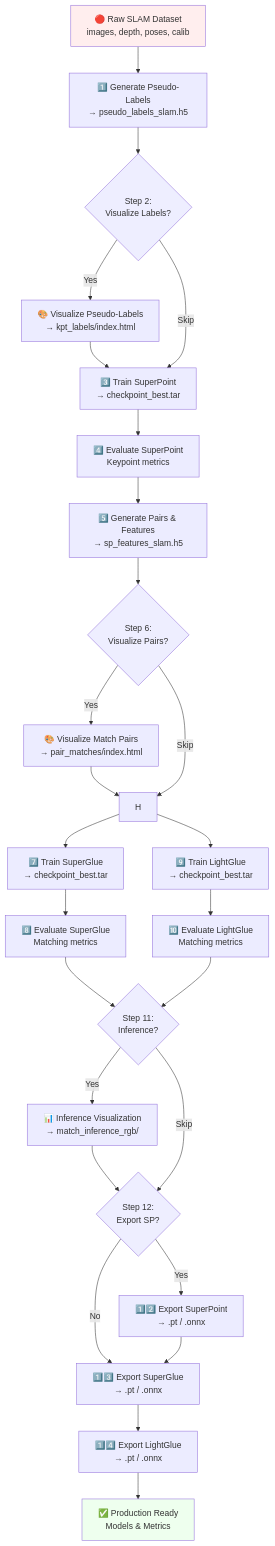
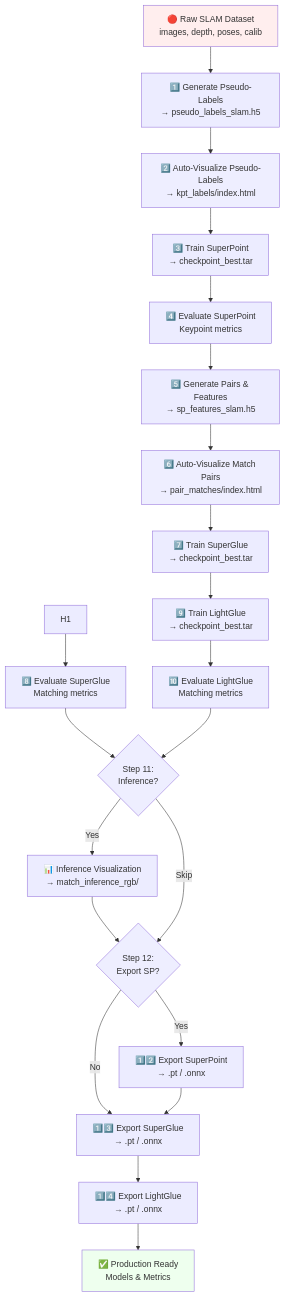
Before and after one commit to virya-ai/SLAM_glue-factory: the diagram in slam_usages.md, drawn with Mermaid. The commit also changed other lines of this file and 86 other files, not shown here.

````diff
--- a/slam_usages.md
+++ b/slam_usages.md
@@ -9,34 +9,29 @@
 ```mermaid
 flowchart TD
     A["🔴 Raw SLAM Dataset<br/>images, depth, poses, calib"] --> B["1️⃣ Generate Pseudo-Labels<br/>→ pseudo_labels_slam.h5"]
-    B --> C{Step 2:<br/>Visualize Labels?}
-    C -->|Yes| C1["🎨 Visualize Pseudo-Labels<br/>→ kpt_labels/index.html"]
-    C1 --> D
-    C -->|Skip| D
-    D["3️⃣ Train SuperPoint<br/>→ checkpoint_best.tar"] --> E["4️⃣ Evaluate SuperPoint<br/>Keypoint metrics"]
+    B --> C1["2️⃣ Auto-Visualize Pseudo-Labels<br/>→ kpt_labels/index.html"]
+    C1 --> D["3️⃣ Train SuperPoint<br/>→ checkpoint_best.tar"]
+    D --> E["4️⃣ Evaluate SuperPoint<br/>Keypoint metrics"]
     E --> F["5️⃣ Generate Pairs & Features<br/>→ sp_features_slam.h5"]
-    F --> G{Step 6:<br/>Visualize Pairs?}
-    G -->|Yes| G1["🎨 Visualize Match Pairs<br/>→ pair_matches/index.html"]
-    G1 --> H
-    G -->|Skip| H
-    H --> H1["7️⃣ Train SuperGlue<br/>→ checkpoint_best.tar"]
+    F --> G1["6️⃣ Auto-Visualize Match Pairs<br/>→ pair_matches/index.html"]
+    G1 --> H["7️⃣ Train SuperGlue<br/>→ checkpoint_best.tar"]
     H --> H2["9️⃣ Train LightGlue<br/>→ checkpoint_best.tar"]
     H1 --> I1["8️⃣ Evaluate SuperGlue<br/>Matching metrics"]
     H2 --> I2["🔟 Evaluate LightGlue<br/>Matching metrics"]
     I1 --> J{Step 11:<br/>Inference?}
     I2 --> J
     J -->|Yes| J1["📊 Inference Visualization<br/>→ match_inference_rgb/"]
     J1 --> K{Step 12:<br/>Export SP?}
     J -->|Skip| K
     K -->|Yes| K1["1️⃣2️⃣ Export SuperPoint<br/>→ .pt / .onnx"]
     K -->|No| L
     K1 --> L["1️⃣3️⃣ Export SuperGlue<br/>→ .pt / .onnx"]
     L --> M["1️⃣4️⃣ Export LightGlue<br/>→ .pt / .onnx"]
     M --> N["✅ Production Ready<br/>Models & Metrics"]
     style A fill:#fee
     style N fill:#efe
-    style C fill:#eef
-    style G fill:#eef
+    style C1 fill:#eef
+    style G1 fill:#eef
     style J fill:#eef
     style K fill:#eef
 ```
````
